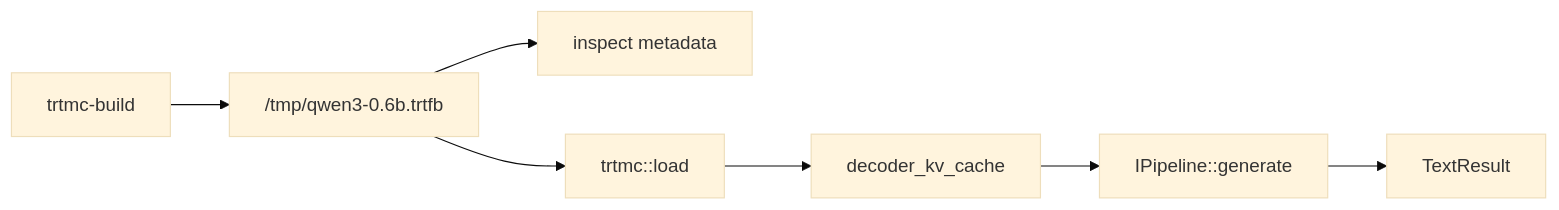
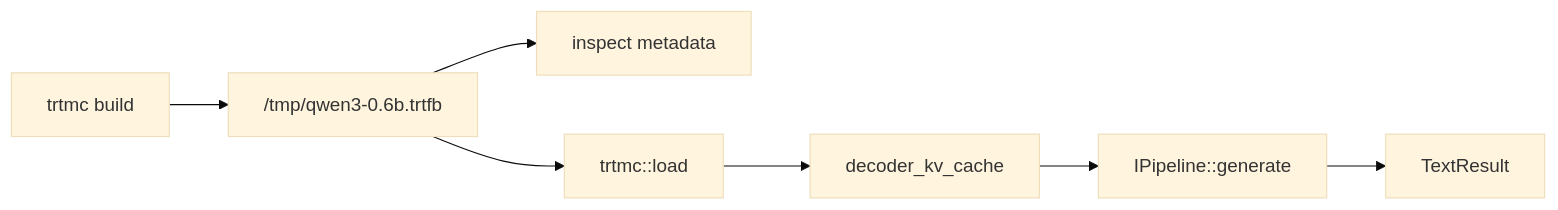
The diagram in website/docs/getting-started/quick-start.md (AbishekCoder1/TensorRT-Model-Connect), drawn with Mermaid (base theme) before and after one commit. The commit also changed other lines of this file and 200 other files, not shown here.

````diff
--- a/website/docs/getting-started/quick-start.md
+++ b/website/docs/getting-started/quick-start.md
@@ -83,9 +86,9 @@
 ```mermaid
 flowchart LR
-  Build["trtmc-build"] --> Bundle["/tmp/qwen3-0.6b.trtfb"]
+  Build["trtmc build"] --> Bundle["/tmp/qwen3-0.6b.trtfb"]
   Bundle --> Inspect["inspect metadata"]
   Bundle --> Load["trtmc::load"]
   Load --> Strategy["decoder_kv_cache"]
   Strategy --> Generate["IPipeline::generate"]
   Generate --> Text["TextResult"]
 ```
````
